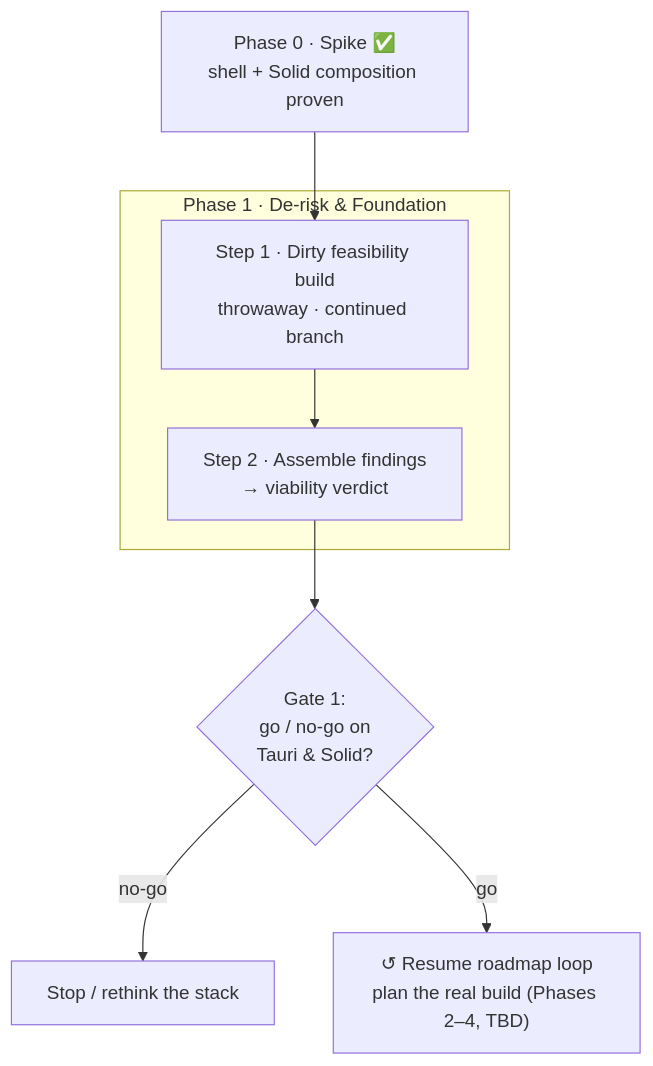
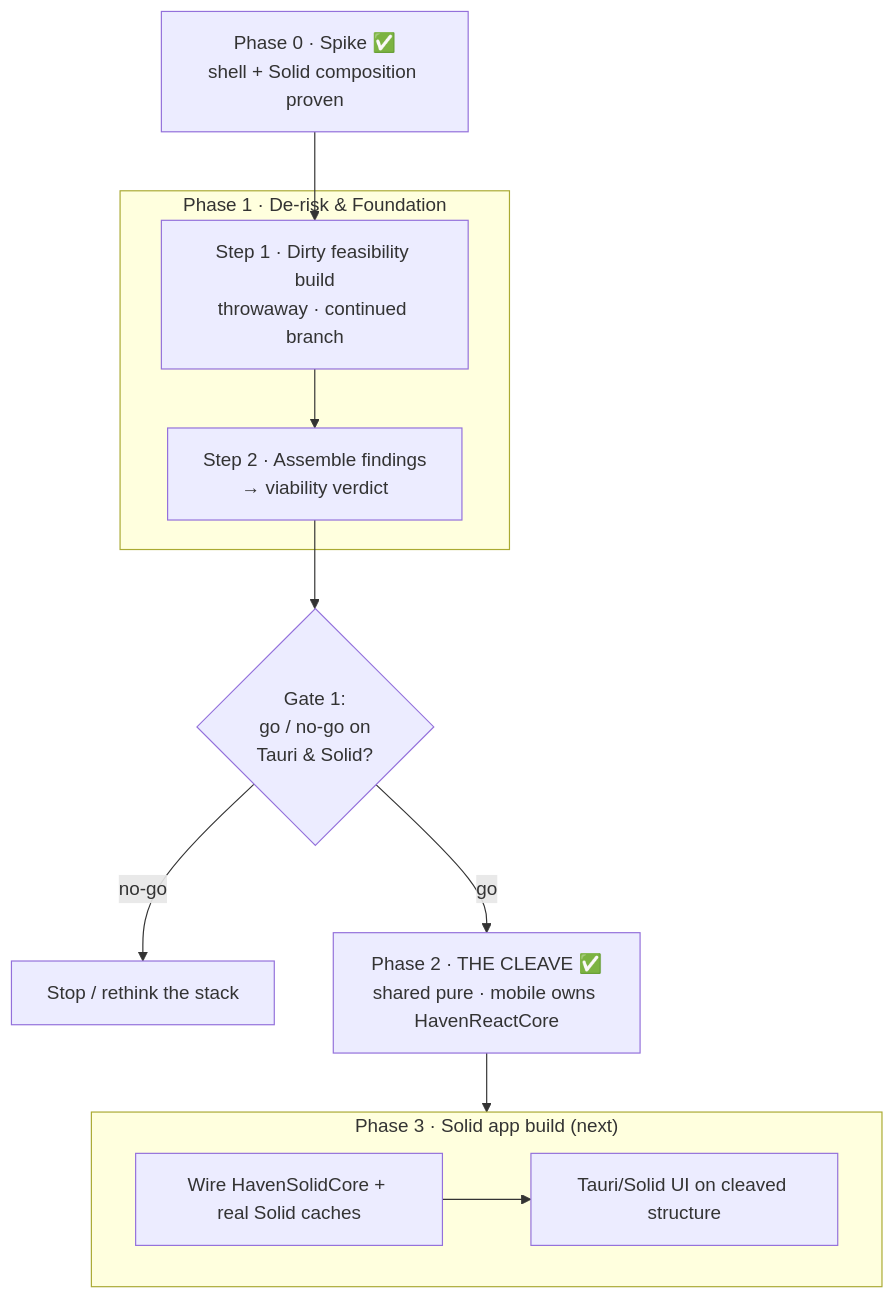
One commit to redrix-dev/haven changed the diagram in docs/tauri-solid-roadmap.md. Above: the diagram before and after it, drawn with Mermaid. The commit also changed other lines of this file and 114 other files, not shown here.

First line of the commit message:
Complete true cleave: mobile owns reactive layer, shared stays pure

````diff
--- a/docs/tauri-solid-roadmap.md
+++ b/docs/tauri-solid-roadmap.md
@@ -20,14 +20,21 @@
 ```mermaid
 flowchart TD
     P0["Phase 0 · Spike ✅<br/>shell + Solid composition proven"] --> S1
 
     subgraph P1["Phase 1 · De-risk &amp; Foundation"]
         S1["Step 1 · Dirty feasibility build<br/>throwaway · continued branch"]
         S2["Step 2 · Assemble findings<br/>→ viability verdict"]
         S1 --> S2
     end
 
     S2 --> G1{"Gate 1:<br/>go / no-go on<br/>Tauri &amp; Solid?"}
     G1 -->|no-go| STOP["Stop / rethink the stack"]
-    G1 -->|go| RESUME["↺ Resume roadmap loop<br/>plan the real build (Phases 2–4, TBD)"]
+    G1 -->|go| P2["Phase 2 · THE CLEAVE ✅<br/>shared pure · mobile owns HavenReactCore"]
+    P2 --> P3
+
+    subgraph P3["Phase 3 · Solid app build (next)"]
+        S3["Wire HavenSolidCore + real Solid caches"]
+        S4["Tauri/Solid UI on cleaved structure"]
+        S3 --> S4
+    end
 ```
````
